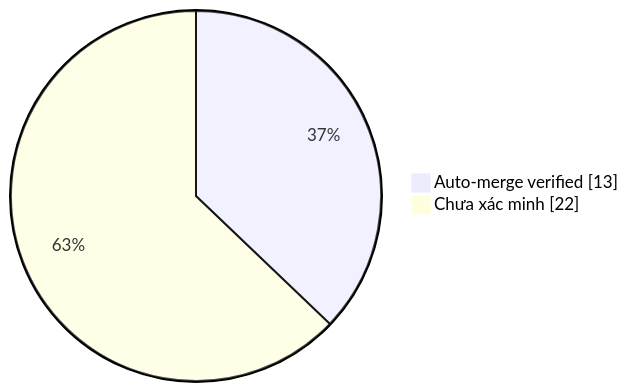
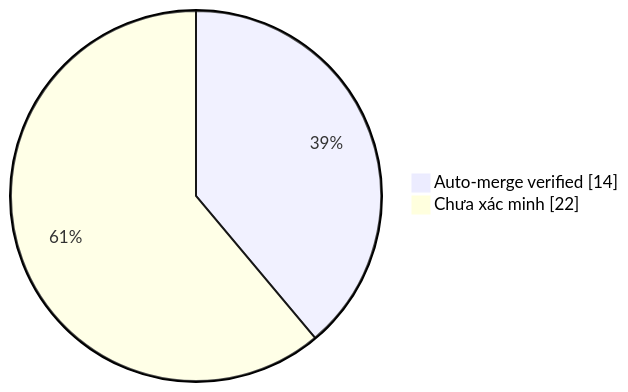
The diagram in collector.md (duykhang68/tetdinhmuiblog), drawn with Mermaid before and after one commit. The commit also changed other lines of this file and 1 other file, not shown here.

Commit message:
docs(collector): update auto-merge evidence dashboard

````diff
--- a/collector.md
+++ b/collector.md
@@ -22,5 +22,5 @@
 ```mermaid
 pie showData
-    "Auto-merge verified" : 13
+    "Auto-merge verified" : 14
     "Chưa xác minh" : 22
 ```
````
